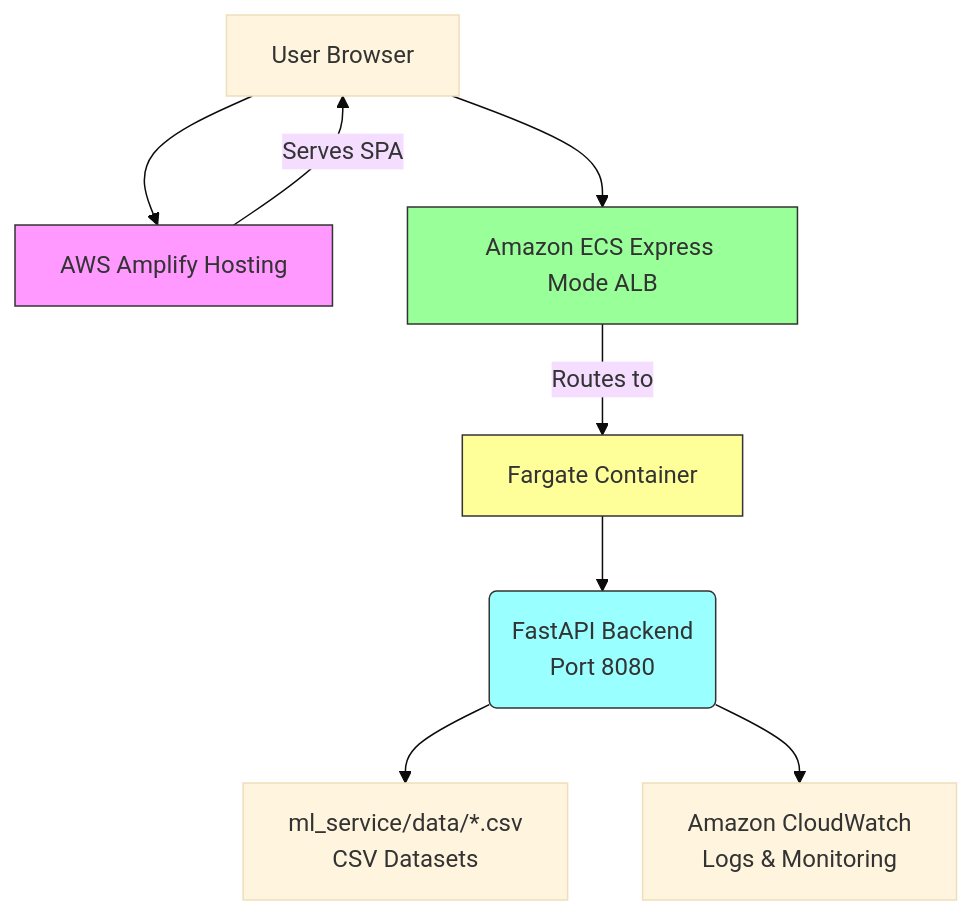
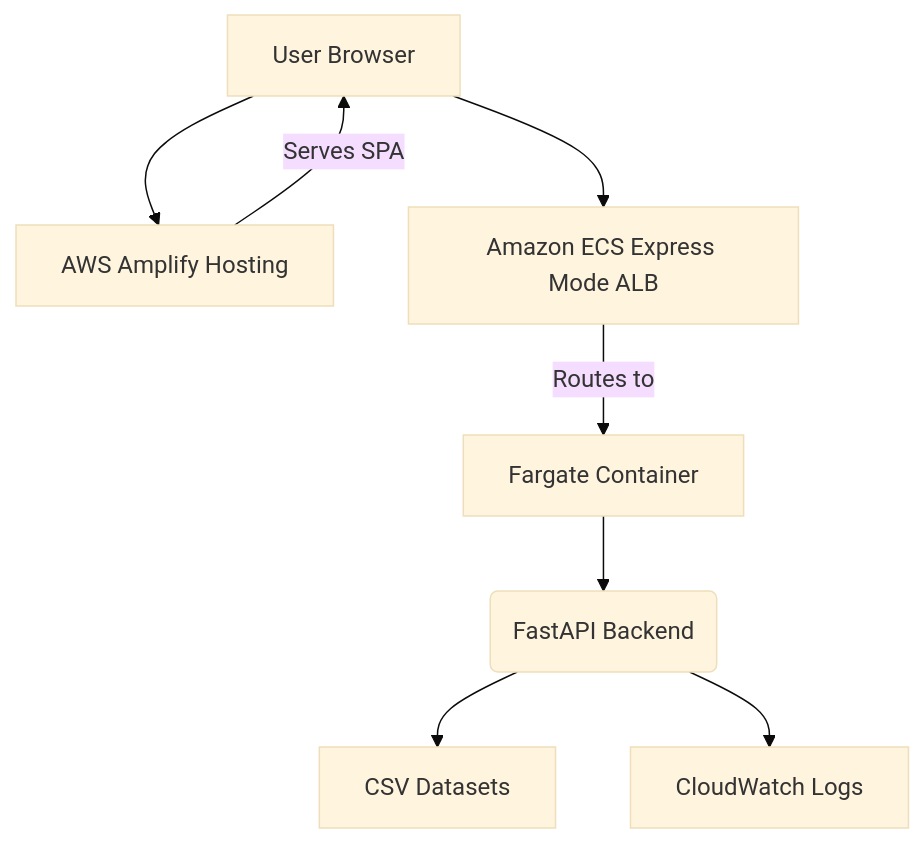
One commit to Pritosh2387/EHack changed the diagram in README.md. Above: the diagram before and after it, drawn with Mermaid (base theme). The commit also changed other lines of this file, not shown here.

````diff
--- a/README.md
+++ b/README.md
@@ -128,14 +59,10 @@
 ```mermaid
 graph TD
     A[User Browser] --> B[AWS Amplify Hosting]
     A --> C[Amazon ECS Express Mode ALB]
     B -->|Serves SPA| A
     C -->|Routes to| D[Fargate Container]
-    D --> E(FastAPI Backend<br/>Port 8080)
-    E --> F[ml_service/data/*.csv<br/>CSV Datasets]
-    E --> G[Amazon CloudWatch<br/>Logs & Monitoring]
-    style B fill:#f9f,stroke:#333
-    style C fill:#9f9,stroke:#333
-    style D fill:#ff9,stroke:#333
-    style E fill:#9ff,stroke:#333
+    D --> E(FastAPI Backend)
+    E --> F[CSV Datasets]
+    E --> G[CloudWatch Logs]
 ```
````
